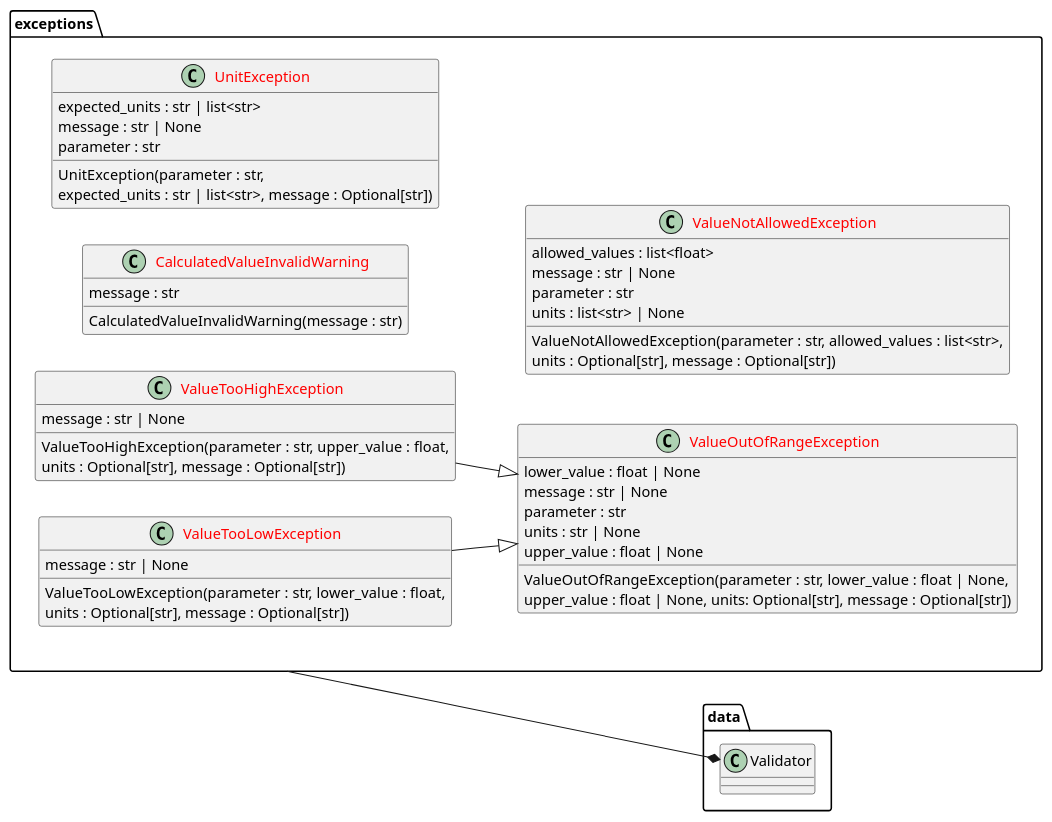
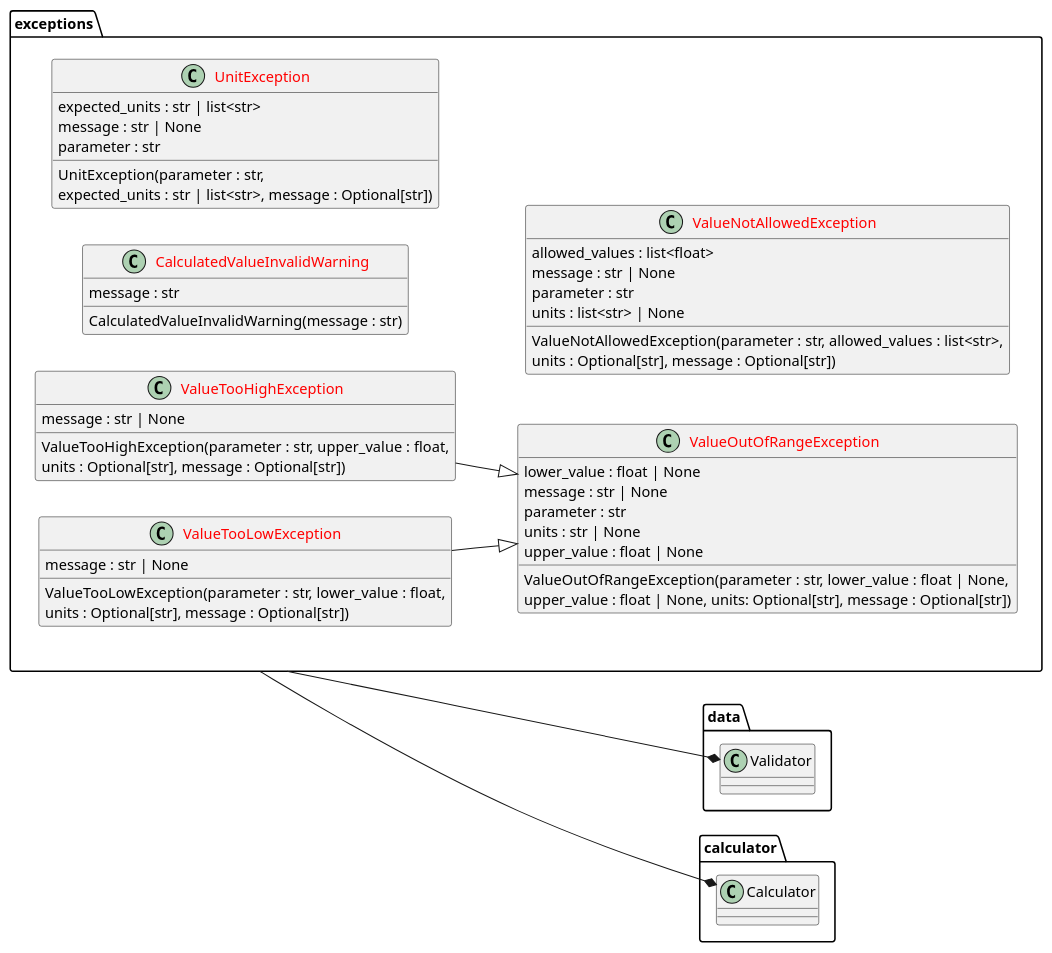
One commit to ukatc/AtLAST_sensitivity_calculator changed the diagram in docs/source/code_docs/exceptions_uml.rst. Above: the diagram before and after it, drawn with PlantUML. The commit also changed 1 other file, not shown here.

```diff
--- a/docs/source/code_docs/exceptions_uml.rst
+++ b/docs/source/code_docs/exceptions_uml.rst
@@ -4,49 +4,50 @@
 .. uml::
 
     @startuml exceptions
 
     left to right direction
 
     class "<color:red>CalculatedValueInvalidWarning</color>" as exceptions.CalculatedValueInvalidWarning {
       message : str
       CalculatedValueInvalidWarning(message : str)
     }
     class "<color:red>UnitException</color>" as exceptions.UnitException {
       expected_units : str | list<str>
       message : str | None
       parameter : str
       UnitException(parameter : str,
       expected_units : str | list<str>, message : Optional[str])
     }
     class "<color:red>ValueNotAllowedException</color>" as exceptions.ValueNotAllowedException {
       allowed_values : list<float>
       message : str | None
       parameter : str
       units : list<str> | None
       ValueNotAllowedException(parameter : str, allowed_values : list<str>,
       units : Optional[str], message : Optional[str])
     }
     class "<color:red>ValueOutOfRangeException</color>" as exceptions.ValueOutOfRangeException {
       lower_value : float | None
       message : str | None
       parameter : str
       units : str | None
       upper_value : float | None
       ValueOutOfRangeException(parameter : str, lower_value : float | None,
       upper_value : float | None, units: Optional[str], message : Optional[str])
     }
     class "<color:red>ValueTooHighException</color>" as exceptions.ValueTooHighException {
       message : str | None
       ValueTooHighException(parameter : str, upper_value : float,
       units : Optional[str], message : Optional[str])
     }
     class "<color:red>ValueTooLowException</color>" as exceptions.ValueTooLowException {
       message : str | None
       ValueTooLowException(parameter : str, lower_value : float,
       units : Optional[str], message : Optional[str])
     }
 
     exceptions.ValueTooHighException --|> exceptions.ValueOutOfRangeException
     exceptions.ValueTooLowException --|> exceptions.ValueOutOfRangeException
     exceptions --* data.Validator
+    exceptions --* calculator.Calculator
     @enduml
```
